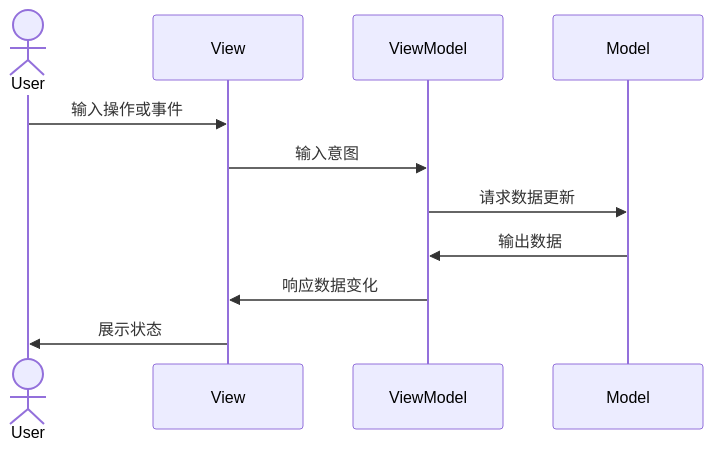
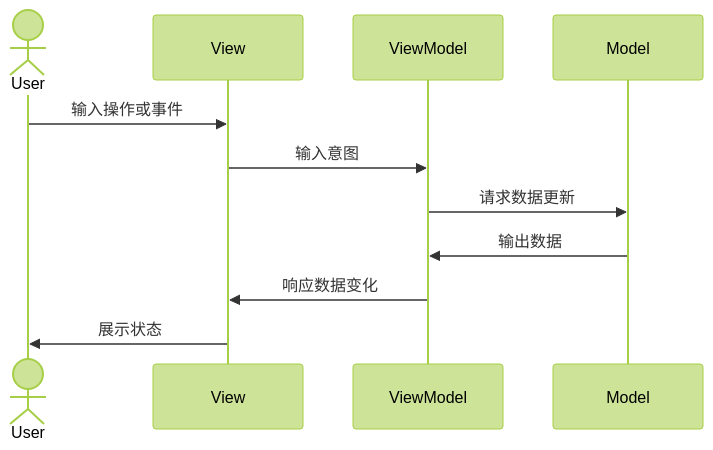
The second of 3 diagrams in _posts/2024-08-12-Harmony-MVI.md (WJRye/wjrye.github.io), drawn with Mermaid before and after one commit. The commit also changed other lines of this file and 1 other file, not shown here.

````diff
--- a/_posts/2024-08-12-Harmony-MVI.md
+++ b/_posts/2024-08-12-Harmony-MVI.md
@@ -66,10 +63,11 @@
-<div class="mermaid">
+```mermaid
+%%{ init : { "theme": "forest" } }%%
 sequenceDiagram;
-    actor User;
-    User ->> View: 输入操作或事件;
-    View ->> ViewModel: 输入意图;
-    ViewModel ->> Model: 请求数据更新;
-    Model ->> ViewModel: 输出数据;
-    ViewModel ->> View: 响应数据变化;
-    View ->> User: 展示状态;
-</div>
+    actor User
+    User ->> View: 输入操作或事件
+    View ->> ViewModel: 输入意图
+    ViewModel ->> Model: 请求数据更新
+    Model ->> ViewModel: 输出数据
+    ViewModel ->> View: 响应数据变化
+    View ->> User: 展示状态
+```
````
